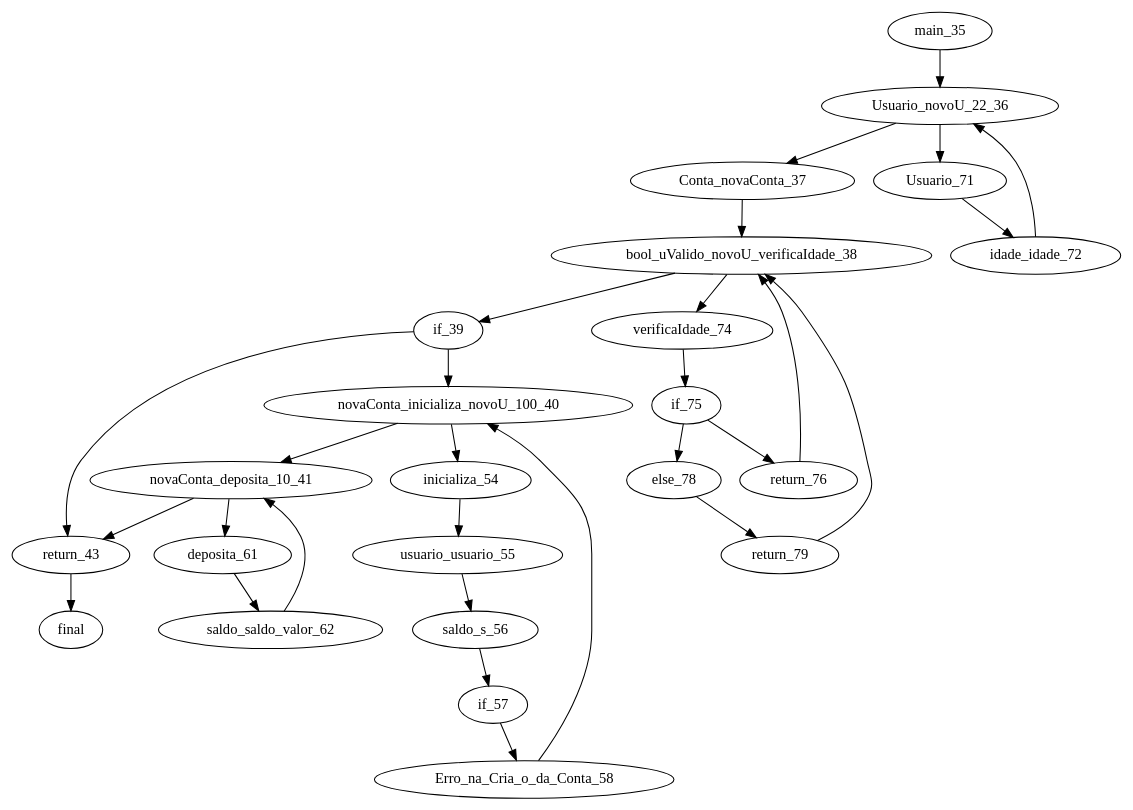
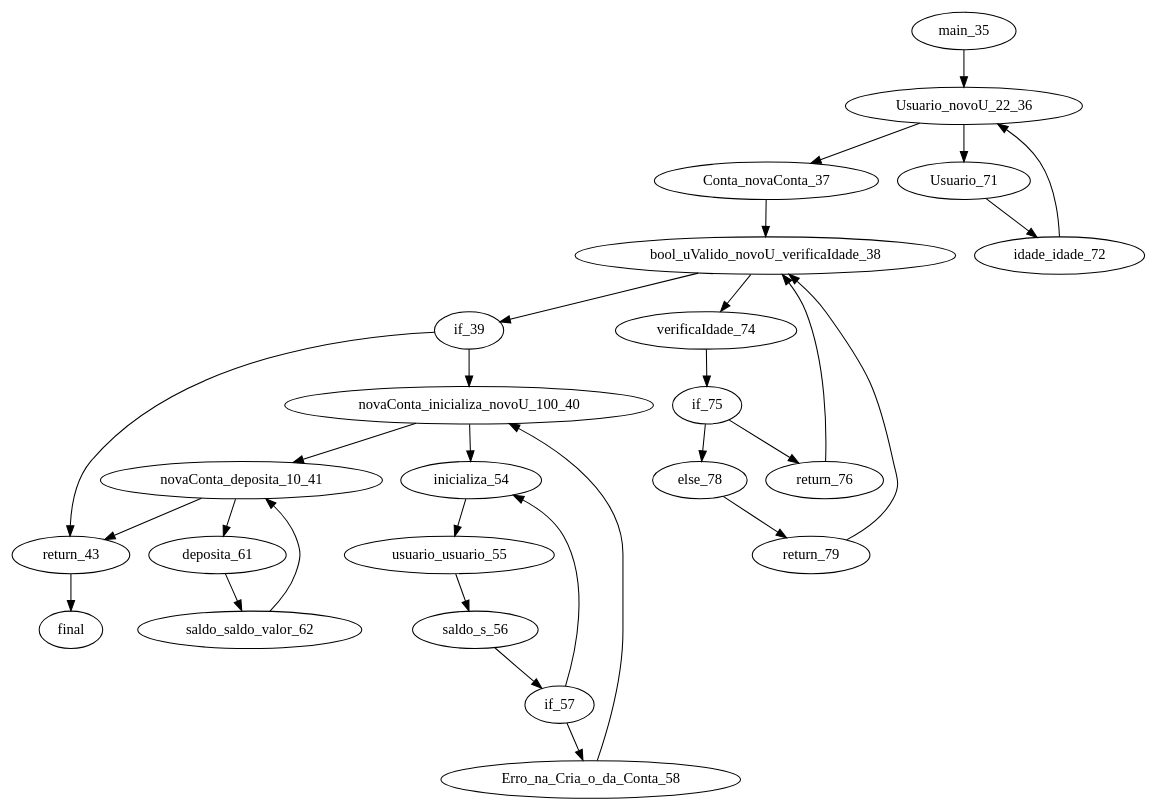
Before and after one commit to Pssales/INMEHY-1: the diagram in dots/sast/2.dot, drawn with Graphviz. The commit also changed 16 other files, not shown here.

```diff
--- a/dots/sast/2.dot
+++ b/dots/sast/2.dot
@@ -1,53 +1,54 @@
 strict digraph G {
 main_35;
 Usuario_novoU_22_36;
 Conta_novaConta_37;
 bool_uValido_novoU_verificaIdade_38;
 if_39;
 novaConta_inicializa_novoU_100_40;
 novaConta_deposita_10_41;
 return_43;
 Usuario_71;
 idade_idade_72;
 verificaIdade_74;
 if_75;
 return_76;
 else_78;
 return_79;
 inicializa_54;
 usuario_usuario_55;
 saldo_s_56;
 if_57;
 Erro_na_Cria_o_da_Conta_58;
 deposita_61;
 saldo_saldo_valor_62;
 final;
 main_35->Usuario_novoU_22_36;
 Usuario_novoU_22_36->Conta_novaConta_37;
 Conta_novaConta_37->bool_uValido_novoU_verificaIdade_38;
 bool_uValido_novoU_verificaIdade_38->if_39;
 if_39->novaConta_inicializa_novoU_100_40;
 novaConta_inicializa_novoU_100_40->novaConta_deposita_10_41;
 novaConta_deposita_10_41->return_43;
 if_39->return_43;
 return_43->final;
 usuario_usuario_55->saldo_s_56;
 saldo_s_56->if_57;
 if_57->Erro_na_Cria_o_da_Conta_58;
 if_75->return_76;
 if_75->else_78;
 else_78->return_79;
 Usuario_71->idade_idade_72;
 Usuario_novoU_22_36->Usuario_71;
 idade_idade_72->Usuario_novoU_22_36;
 verificaIdade_74->if_75;
 bool_uValido_novoU_verificaIdade_38->verificaIdade_74;
 return_76->bool_uValido_novoU_verificaIdade_38;
 return_79->bool_uValido_novoU_verificaIdade_38;
 inicializa_54->usuario_usuario_55;
+if_57->inicializa_54;
 novaConta_inicializa_novoU_100_40->inicializa_54;
 Erro_na_Cria_o_da_Conta_58->novaConta_inicializa_novoU_100_40;
 deposita_61->saldo_saldo_valor_62;
 novaConta_deposita_10_41->deposita_61;
 saldo_saldo_valor_62->novaConta_deposita_10_41;
 }
```
